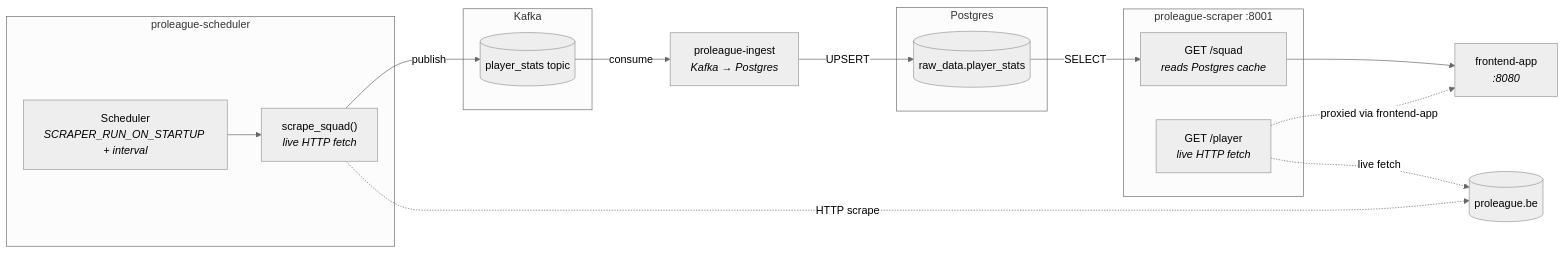
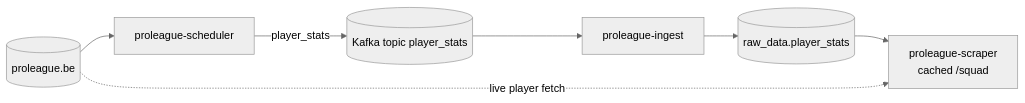
Before and after one commit to mberetvas/blauw_zwart_pipeline: the diagram in src/proleague_scraper/README.md, drawn with Mermaid (neutral theme). The commit also changed other lines of this file and 8 other files, not shown here.

First line of the commit message:
✨ refactor: streamline README documentation for sql_agent, proleague_ingest, and proleague_scraper modules

````diff
--- a/src/proleague_scraper/README.md
+++ b/src/proleague_scraper/README.md
@@ -42,36 +16,9 @@
 ```mermaid
 flowchart LR
-    proleague_be[("proleague.be")]
-
-    subgraph scheduler_svc ["proleague-scheduler"]
-        scheduler["Scheduler<br/><i>SCRAPER_RUN_ON_STARTUP + interval</i>"]
-        fetcher["scrape_squad()<br/><i>live HTTP fetch</i>"]
-    end
-
-    subgraph kafka ["Kafka"]
-        topic[("player_stats topic")]
-    end
-
-    ingest["proleague-ingest<br/><i>Kafka → Postgres</i>"]
-
-    subgraph pg ["Postgres"]
-        table[("raw_data.player_stats")]
-    end
-
-    subgraph scraper_svc ["proleague-scraper :8001"]
-        api_squad["GET /squad<br/><i>reads Postgres cache</i>"]
-        api_player["GET /player<br/><i>live HTTP fetch</i>"]
-    end
-
-    frontend["frontend-app<br/><i>:8080</i>"]
-
-    scheduler --> fetcher
-    fetcher -. "HTTP scrape" .-> proleague_be
-    fetcher -- "publish" --> topic
-    topic -- "consume" --> ingest
-    ingest -- "UPSERT" --> table
-    table -- "SELECT" --> api_squad
-    api_player -. "live fetch" .-> proleague_be
-    api_squad --> frontend
-    api_player -. "proxied via frontend-app" .-> frontend
+    site[("proleague.be")] --> scheduler["proleague-scheduler"]
+    scheduler -- "player_stats" --> topic[("Kafka topic player_stats")]
+    topic --> ingest["proleague-ingest"]
+    ingest --> table[("raw_data.player_stats")]
+    table --> scraper["proleague-scraper<br/>cached /squad"]
+    site -. "live player fetch" .-> scraper
 ```
````
